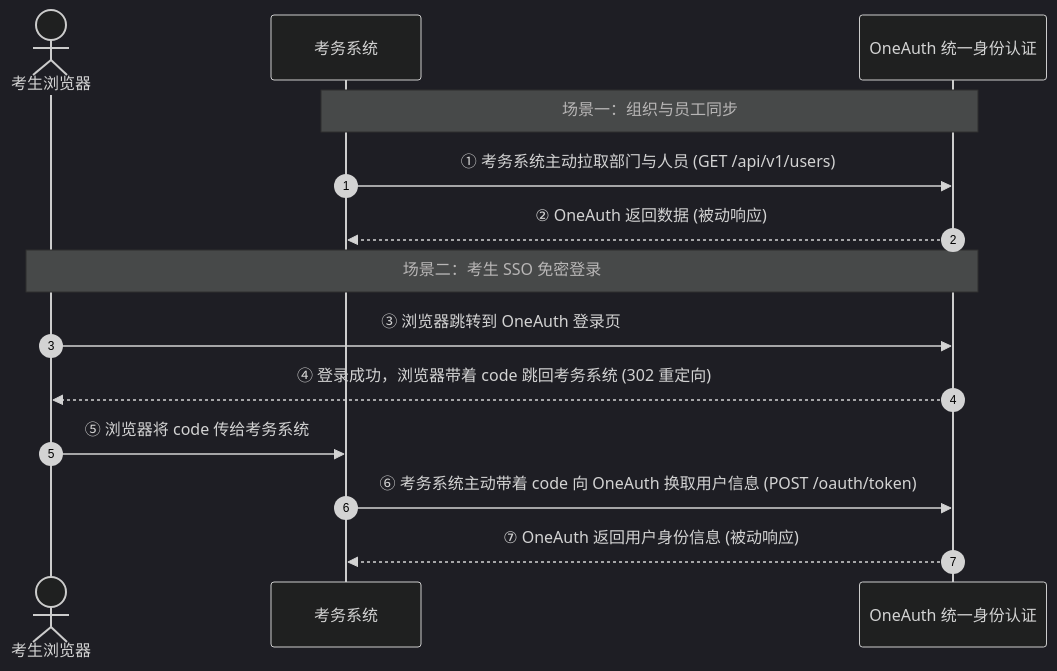
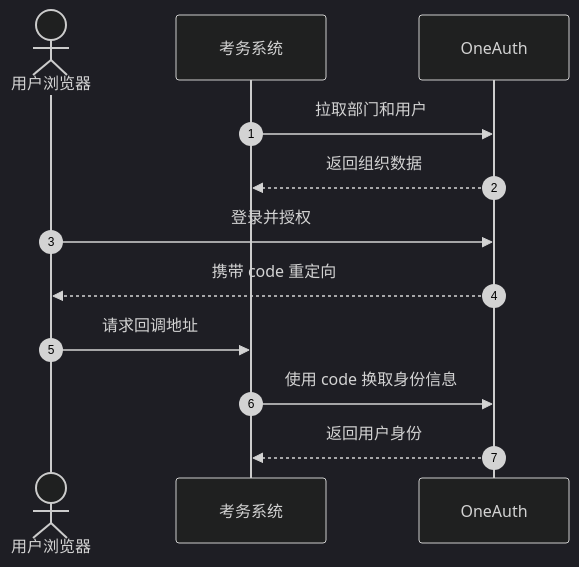
One commit to zevin-cloud/exam changed the diagram in README.md. Above: the diagram before and after it, drawn with Mermaid (dark theme). The commit also changed other lines of this file, not shown here.

````diff
--- a/README.md
+++ b/README.md
@@ -169,18 +178,15 @@
 ```mermaid
 sequenceDiagram
     autonumber
-    actor User as 考生浏览器
+    actor User as 用户浏览器
     participant Exam as 考务系统
-    participant OneAuth as OneAuth 统一身份认证
+    participant OneAuth as OneAuth
 
-    Note over Exam,OneAuth: 场景一：组织与员工同步
-    Exam->>OneAuth: ① 考务系统主动拉取部门与人员 (GET /api/v1/users)
-    OneAuth-->>Exam: ② OneAuth 返回数据 (被动响应)
-
-    Note over User,OneAuth: 场景二：考生 SSO 免密登录
-    User->>OneAuth: ③ 浏览器跳转到 OneAuth 登录页
-    OneAuth-->>User: ④ 登录成功，浏览器带着 code 跳回考务系统 (302 重定向)
-    User->>Exam: ⑤ 浏览器将 code 传给考务系统
-    Exam->>OneAuth: ⑥ 考务系统主动带着 code 向 OneAuth 换取用户信息 (POST /oauth/token)
-    OneAuth-->>Exam: ⑦ OneAuth 返回用户身份信息 (被动响应)
+    Exam->>OneAuth: 拉取部门和用户
+    OneAuth-->>Exam: 返回组织数据
+    User->>OneAuth: 登录并授权
+    OneAuth-->>User: 携带 code 重定向
+    User->>Exam: 请求回调地址
+    Exam->>OneAuth: 使用 code 换取身份信息
+    OneAuth-->>Exam: 返回用户身份
 ```
````
